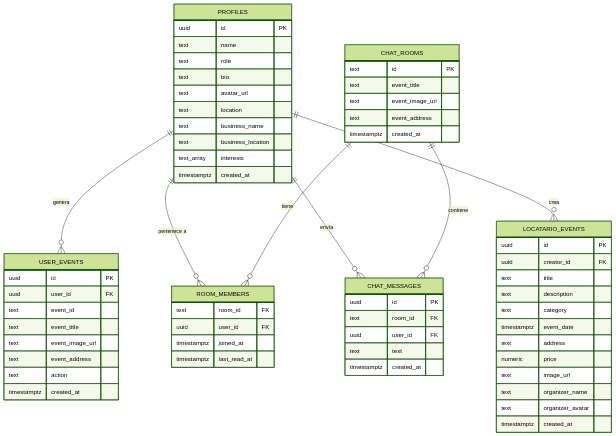
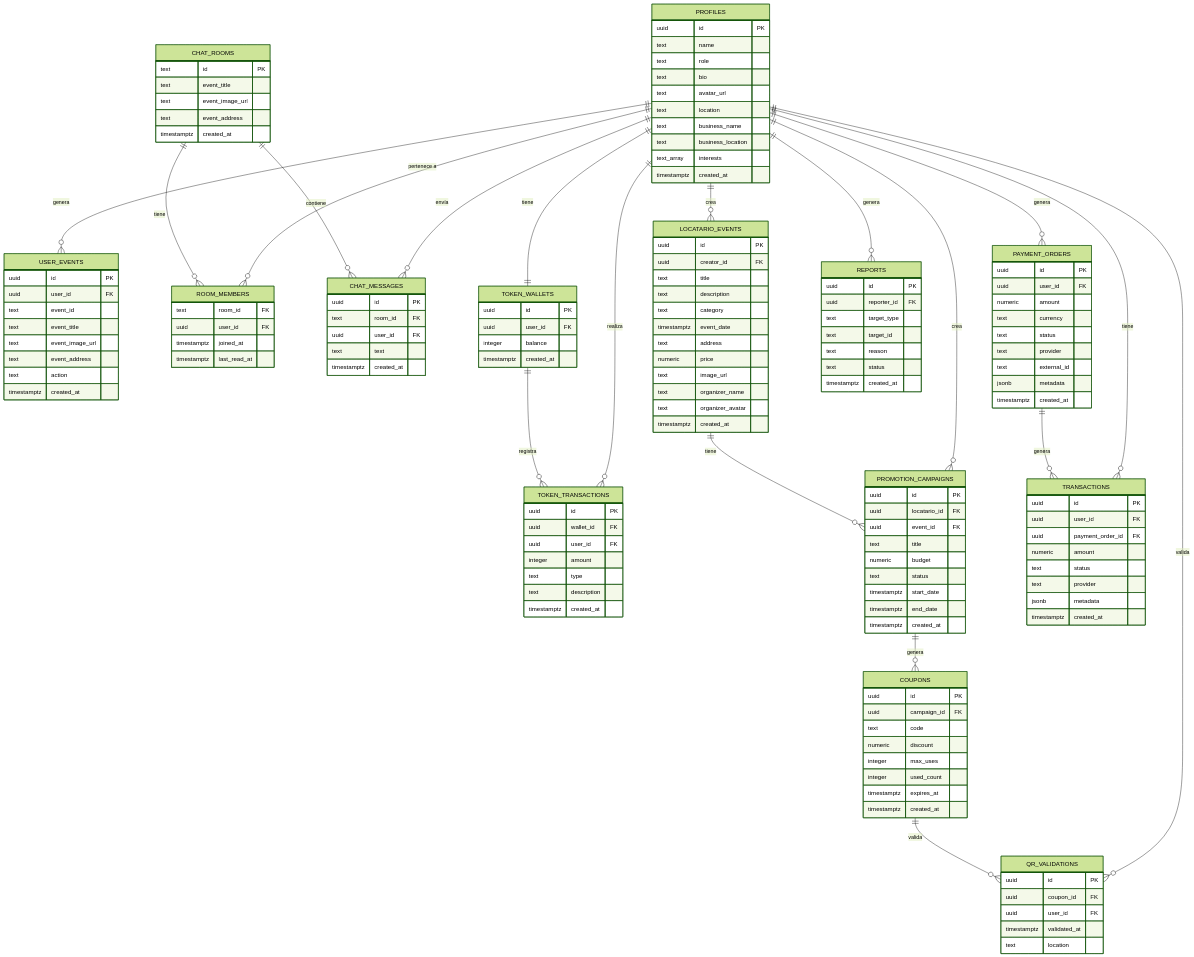
Before and after one commit to DanielBravoS88/eMeet_frontend: the diagram in Documentacion/MER.md, drawn with Mermaid (forest theme). The commit also changed other lines of this file and 13 other files, not shown here.

Commit message:
docs: alinear documentacion con informe EP2 (arquitectura, MER, UML)

````diff
--- a/Documentacion/MER.md
+++ b/Documentacion/MER.md
@@ -199,10 +304,103 @@
         timestamptz created_at
     }
 
+    TOKEN_WALLETS {
+        uuid id PK
+        uuid user_id FK
+        integer balance
+        timestamptz created_at
+    }
+
+    TOKEN_TRANSACTIONS {
+        uuid id PK
+        uuid wallet_id FK
+        uuid user_id FK
+        integer amount
+        text type
+        text description
+        timestamptz created_at
+    }
+
+    PAYMENT_ORDERS {
+        uuid id PK
+        uuid user_id FK
+        numeric amount
+        text currency
+        text status
+        text provider
+        text external_id
+        jsonb metadata
+        timestamptz created_at
+    }
+
+    PROMOTION_CAMPAIGNS {
+        uuid id PK
+        uuid locatario_id FK
+        uuid event_id FK
+        text title
+        numeric budget
+        text status
+        timestamptz start_date
+        timestamptz end_date
+        timestamptz created_at
+    }
+
+    COUPONS {
+        uuid id PK
+        uuid campaign_id FK
+        text code
+        numeric discount
+        integer max_uses
+        integer used_count
+        timestamptz expires_at
+        timestamptz created_at
+    }
+
+    TRANSACTIONS {
+        uuid id PK
+        uuid user_id FK
+        uuid payment_order_id FK
+        numeric amount
+        text status
+        text provider
+        jsonb metadata
+        timestamptz created_at
+    }
+
+    REPORTS {
+        uuid id PK
+        uuid reporter_id FK
+        text target_type
+        text target_id
+        text reason
+        text status
+        timestamptz created_at
+    }
+
+    QR_VALIDATIONS {
+        uuid id PK
+        uuid coupon_id FK
+        uuid user_id FK
+        timestamptz validated_at
+        text location
+    }
+
     PROFILES ||--o{ USER_EVENTS : "genera"
     PROFILES ||--o{ ROOM_MEMBERS : "pertenece a"
     PROFILES ||--o{ CHAT_MESSAGES : "envía"
     PROFILES ||--o{ LOCATARIO_EVENTS : "crea"
+    PROFILES ||--|| TOKEN_WALLETS : "tiene"
+    PROFILES ||--o{ TOKEN_TRANSACTIONS : "realiza"
+    PROFILES ||--o{ PAYMENT_ORDERS : "genera"
+    PROFILES ||--o{ PROMOTION_CAMPAIGNS : "crea"
+    PROFILES ||--o{ TRANSACTIONS : "tiene"
+    PROFILES ||--o{ REPORTS : "genera"
+    PROFILES ||--o{ QR_VALIDATIONS : "valida"
     CHAT_ROOMS ||--o{ ROOM_MEMBERS : "tiene"
     CHAT_ROOMS ||--o{ CHAT_MESSAGES : "contiene"
+    TOKEN_WALLETS ||--o{ TOKEN_TRANSACTIONS : "registra"
+    PAYMENT_ORDERS ||--o{ TRANSACTIONS : "genera"
+    LOCATARIO_EVENTS ||--o{ PROMOTION_CAMPAIGNS : "tiene"
+    PROMOTION_CAMPAIGNS ||--o{ COUPONS : "genera"
+    COUPONS ||--o{ QR_VALIDATIONS : "valida"
 ```
````
